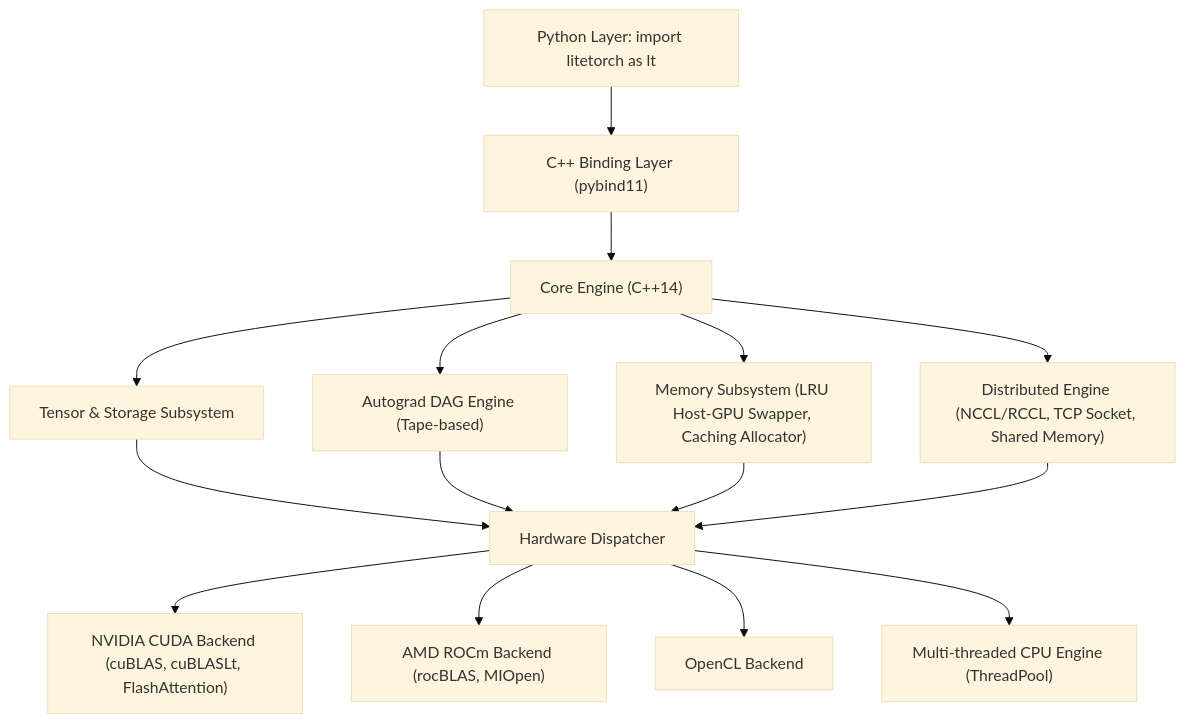
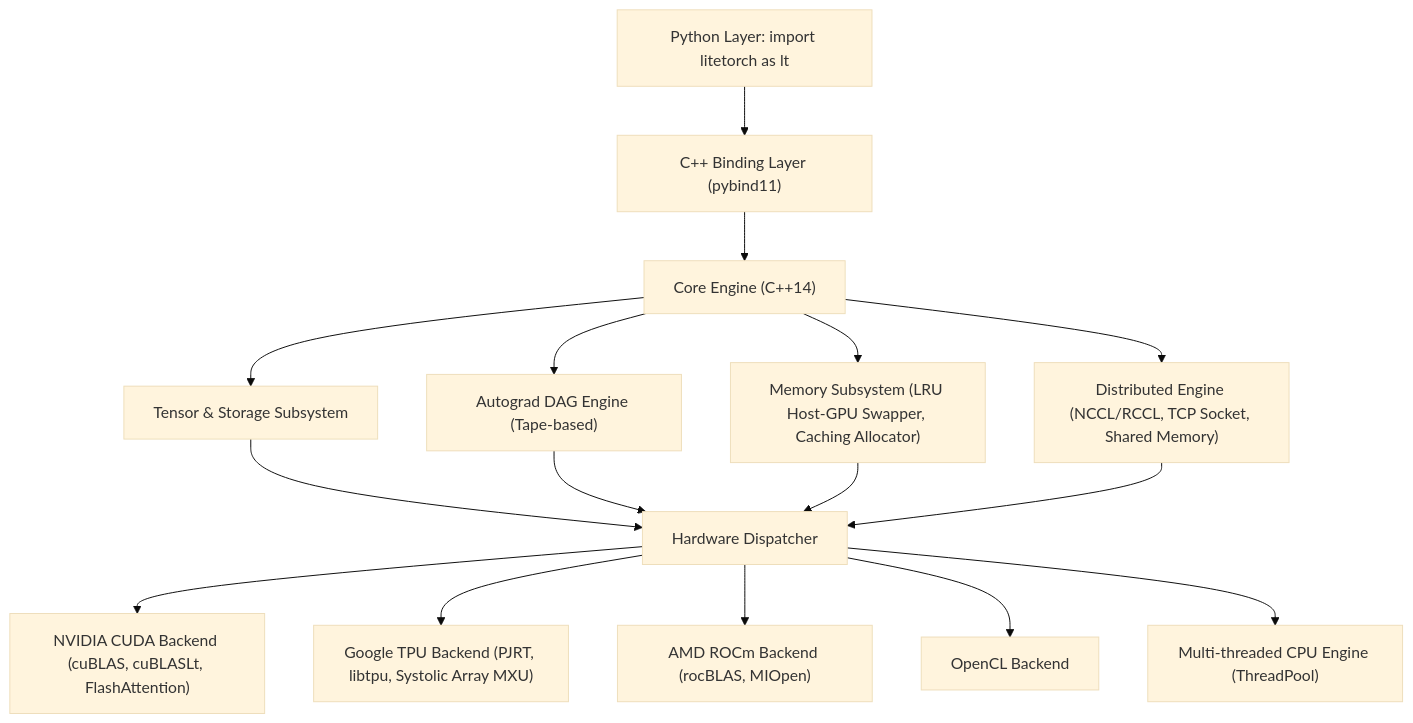
One commit to nguyenminh20000/Litetorch- changed the diagram in docs-en/1.index.md. Above: the diagram before and after it, drawn with Mermaid (base theme). The commit also changed other lines of this file and 7 other files, not shown here.

Commit message:
Update docs and README with Google TPU v2 to v8 support

````diff
--- a/docs-en/1.index.md
+++ b/docs-en/1.index.md
@@ -30,17 +30,18 @@
 ```mermaid
 graph TD
     A["Python Layer: import litetorch as lt"] --> B["C++ Binding Layer (pybind11)"]
     B --> C["Core Engine (C++14)"]
     C --> D["Tensor & Storage Subsystem"]
     C --> E["Autograd DAG Engine (Tape-based)"]
     C --> F["Memory Subsystem (LRU Host-GPU Swapper, Caching Allocator)"]
     C --> G["Distributed Engine (NCCL/RCCL, TCP Socket, Shared Memory)"]
     D --> H["Hardware Dispatcher"]
     E --> H
     F --> H
     G --> H
     H --> I1["NVIDIA CUDA Backend (cuBLAS, cuBLASLt, FlashAttention)"]
-    H --> I2["AMD ROCm Backend (rocBLAS, MIOpen)"]
-    H --> I3["OpenCL Backend"]
-    H --> I4["Multi-threaded CPU Engine (ThreadPool)"]
+    H --> I2["Google TPU Backend (PJRT, libtpu, Systolic Array MXU)"]
+    H --> I3["AMD ROCm Backend (rocBLAS, MIOpen)"]
+    H --> I4["OpenCL Backend"]
+    H --> I5["Multi-threaded CPU Engine (ThreadPool)"]
 ```
````
